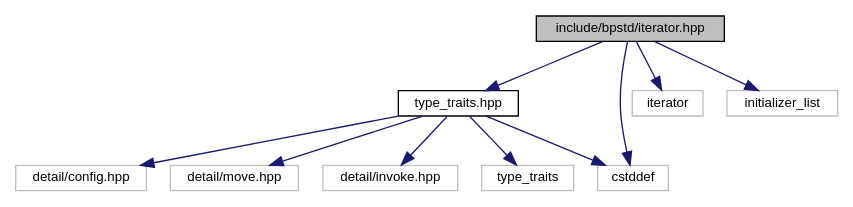
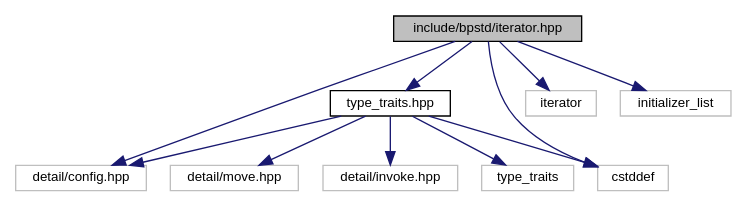
Before and after one commit to bitwizeshift/BackportCpp: the diagram in api/latest/df/d9e/iterator_8hpp__incl.dot, drawn with Graphviz. The commit also changed 183 other files, not shown here.

```diff
--- a/api/latest/df/d9e/iterator_8hpp__incl.dot
+++ b/api/latest/df/d9e/iterator_8hpp__incl.dot
@@ -1,23 +1,24 @@
 digraph "include/bpstd/iterator.hpp"
 {
   edge [fontname="Helvetica",fontsize="10",labelfontname="Helvetica",labelfontsize="10"];
   node [fontname="Helvetica",fontsize="10",shape=record];
   Node0 [label="include/bpstd/iterator.hpp",height=0.2,width=0.4,color="black", fillcolor="grey75", style="filled", fontcolor="black"];
   Node0 -> Node1 [color="midnightblue",fontsize="10",style="solid",fontname="Helvetica"];
-  Node1 [label="type_traits.hpp",height=0.2,width=0.4,color="black", fillcolor="white", style="filled",URL="$dc/d54/type__traits_8hpp.html",tooltip="This header provides definitions from the C++ header <type_traits> "];
-  Node1 -> Node2 [color="midnightblue",fontsize="10",style="solid",fontname="Helvetica"];
-  Node2 [label="detail/config.hpp",height=0.2,width=0.4,color="grey75", fillcolor="white", style="filled"];
-  Node1 -> Node3 [color="midnightblue",fontsize="10",style="solid",fontname="Helvetica"];
+  Node1 [label="detail/config.hpp",height=0.2,width=0.4,color="grey75", fillcolor="white", style="filled"];
+  Node0 -> Node2 [color="midnightblue",fontsize="10",style="solid",fontname="Helvetica"];
+  Node2 [label="type_traits.hpp",height=0.2,width=0.4,color="black", fillcolor="white", style="filled",URL="$dc/d54/type__traits_8hpp.html",tooltip="This header provides definitions from the C++ header <type_traits> "];
+  Node2 -> Node1 [color="midnightblue",fontsize="10",style="solid",fontname="Helvetica"];
+  Node2 -> Node3 [color="midnightblue",fontsize="10",style="solid",fontname="Helvetica"];
   Node3 [label="detail/move.hpp",height=0.2,width=0.4,color="grey75", fillcolor="white", style="filled"];
-  Node1 -> Node4 [color="midnightblue",fontsize="10",style="solid",fontname="Helvetica"];
+  Node2 -> Node4 [color="midnightblue",fontsize="10",style="solid",fontname="Helvetica"];
   Node4 [label="detail/invoke.hpp",height=0.2,width=0.4,color="grey75", fillcolor="white", style="filled"];
-  Node1 -> Node5 [color="midnightblue",fontsize="10",style="solid",fontname="Helvetica"];
+  Node2 -> Node5 [color="midnightblue",fontsize="10",style="solid",fontname="Helvetica"];
   Node5 [label="type_traits",height=0.2,width=0.4,color="grey75", fillcolor="white", style="filled"];
-  Node1 -> Node6 [color="midnightblue",fontsize="10",style="solid",fontname="Helvetica"];
+  Node2 -> Node6 [color="midnightblue",fontsize="10",style="solid",fontname="Helvetica"];
   Node6 [label="cstddef",height=0.2,width=0.4,color="grey75", fillcolor="white", style="filled"];
   Node0 -> Node7 [color="midnightblue",fontsize="10",style="solid",fontname="Helvetica"];
   Node7 [label="iterator",height=0.2,width=0.4,color="grey75", fillcolor="white", style="filled"];
   Node0 -> Node6 [color="midnightblue",fontsize="10",style="solid",fontname="Helvetica"];
   Node0 -> Node8 [color="midnightblue",fontsize="10",style="solid",fontname="Helvetica"];
   Node8 [label="initializer_list",height=0.2,width=0.4,color="grey75", fillcolor="white", style="filled"];
 }
```
